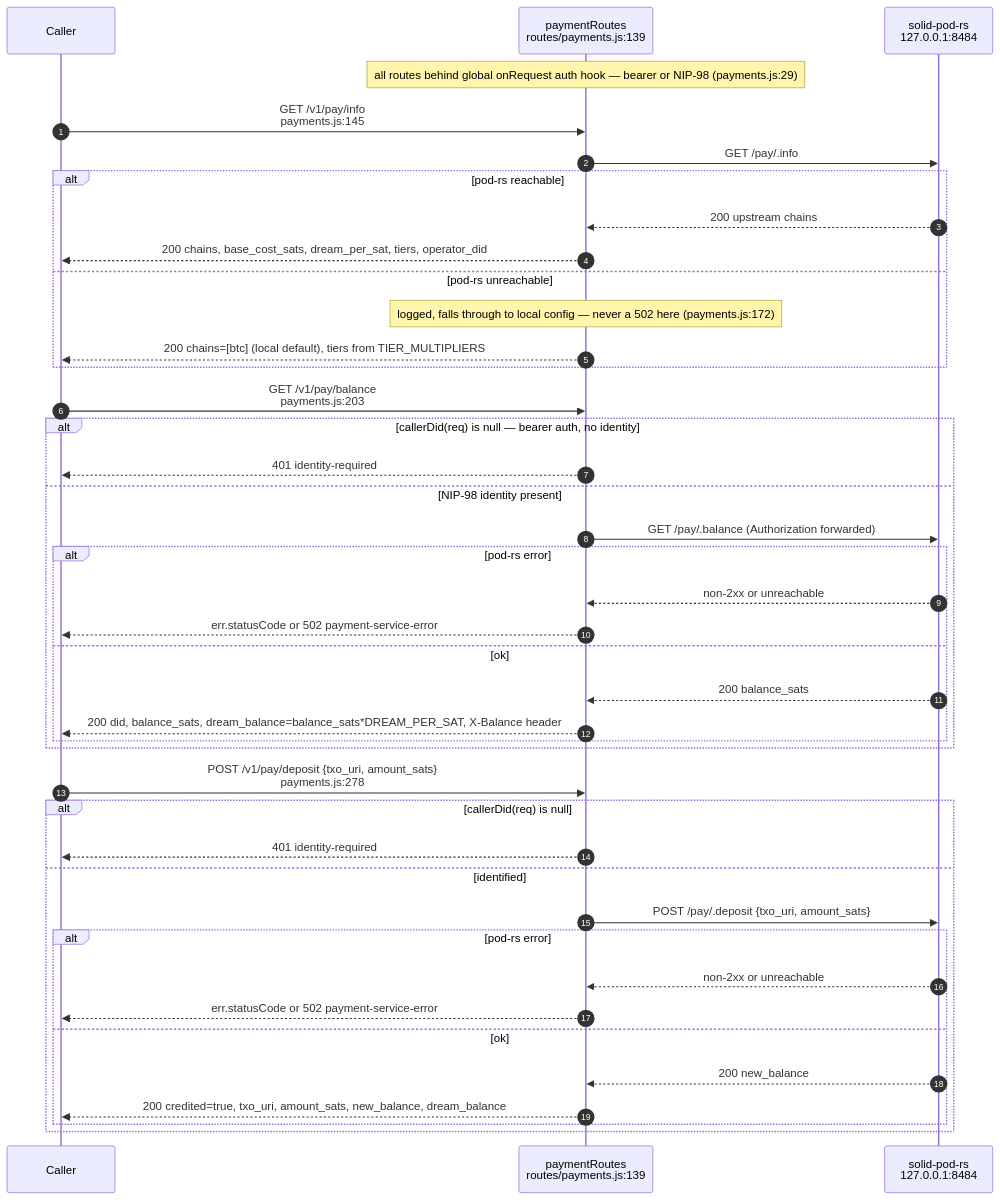
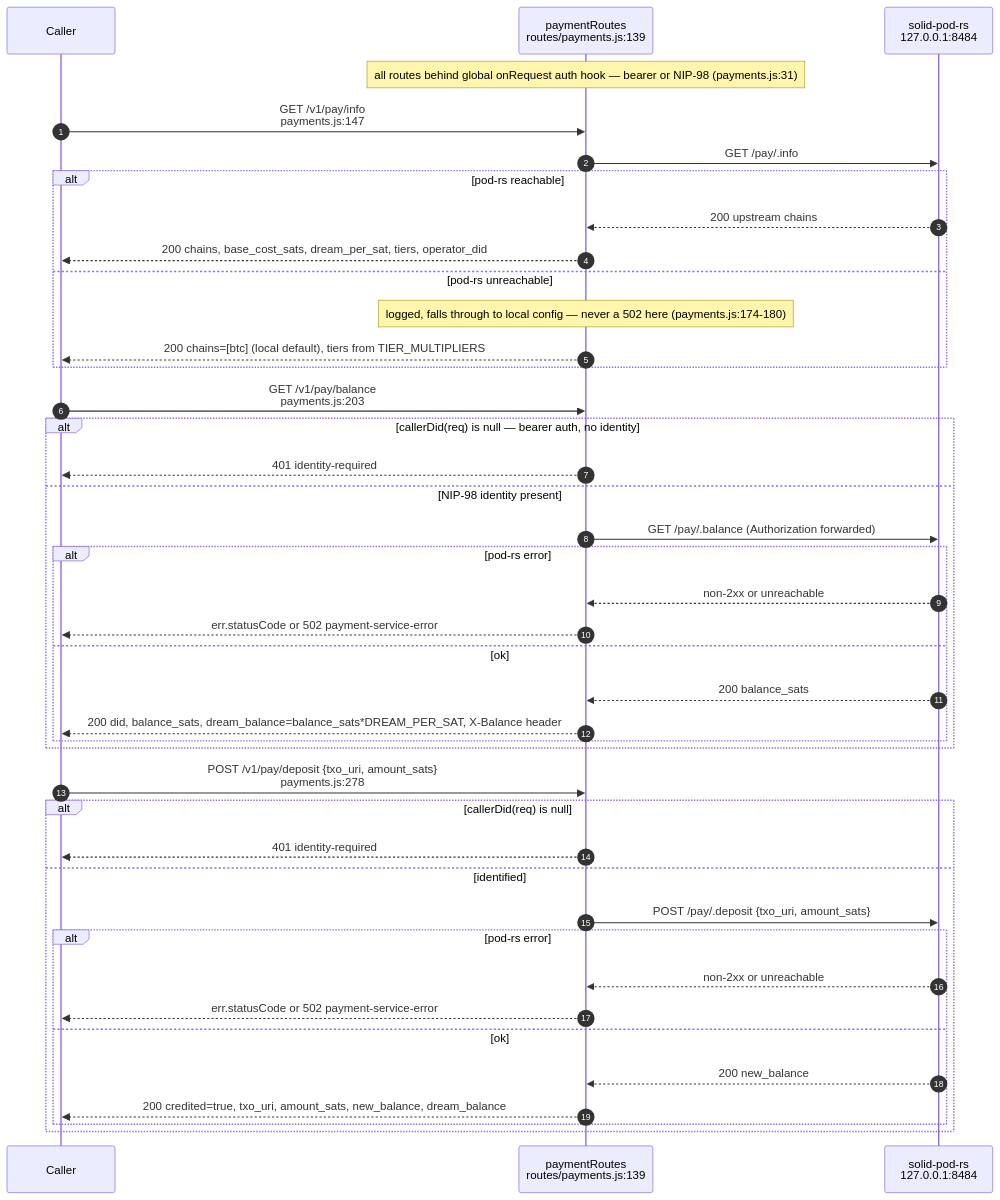
One commit to DreamLab-AI/VisionFlow changed the seventh of 14 diagrams in docs/diagrams/agentbox/15-capability-gating-spend-consultants.md. Above: the diagram before and after it, drawn with Mermaid. The commit also changed other lines of this file and 111 other files, not shown here.

Commit message:
docs(diagrams): align estate maps with current source

````diff
--- a/docs/diagrams/agentbox/15-capability-gating-spend-consultants.md
+++ b/docs/diagrams/agentbox/15-capability-gating-spend-consultants.md
@@ -334,47 +334,47 @@
 ```mermaid
 sequenceDiagram
     autonumber
     participant C as Caller
     participant R as paymentRoutes<br/>routes/payments.js:139
     participant Pod as solid-pod-rs<br/>127.0.0.1:8484
 
-    Note over R: all routes behind global onRequest auth hook — bearer or NIP-98 (payments.js:29)
+    Note over R: all routes behind global onRequest auth hook — bearer or NIP-98 (payments.js:31)
 
-    C->>R: GET /v1/pay/info<br/>payments.js:145
+    C->>R: GET /v1/pay/info<br/>payments.js:147
     R->>Pod: GET /pay/.info
     alt pod-rs reachable
         Pod-->>R: 200 upstream chains
         R-->>C: 200 chains, base_cost_sats, dream_per_sat, tiers, operator_did
     else pod-rs unreachable
-        Note over R: logged, falls through to local config — never a 502 here (payments.js:172)
+        Note over R: logged, falls through to local config — never a 502 here (payments.js:174-180)
         R-->>C: 200 chains=#91;btc#93; #40;local default#41;, tiers from TIER_MULTIPLIERS
     end
 
     C->>R: GET /v1/pay/balance<br/>payments.js:203
     alt callerDid(req) is null — bearer auth, no identity
         R-->>C: 401 identity-required
     else NIP-98 identity present
         R->>Pod: GET /pay/.balance #40;Authorization forwarded#41;
         alt pod-rs error
             Pod-->>R: non-2xx or unreachable
             R-->>C: err.statusCode or 502 payment-service-error
         else ok
             Pod-->>R: 200 balance_sats
             R-->>C: 200 did, balance_sats, dream_balance=balance_sats*DREAM_PER_SAT, X-Balance header
         end
     end
 
     C->>R: POST /v1/pay/deposit {txo_uri, amount_sats}<br/>payments.js:278
     alt callerDid(req) is null
         R-->>C: 401 identity-required
     else identified
         R->>Pod: POST /pay/.deposit {txo_uri, amount_sats}
         alt pod-rs error
             Pod-->>R: non-2xx or unreachable
             R-->>C: err.statusCode or 502 payment-service-error
         else ok
             Pod-->>R: 200 new_balance
             R-->>C: 200 credited=true, txo_uri, amount_sats, new_balance, dream_balance
         end
     end
 ```
````
